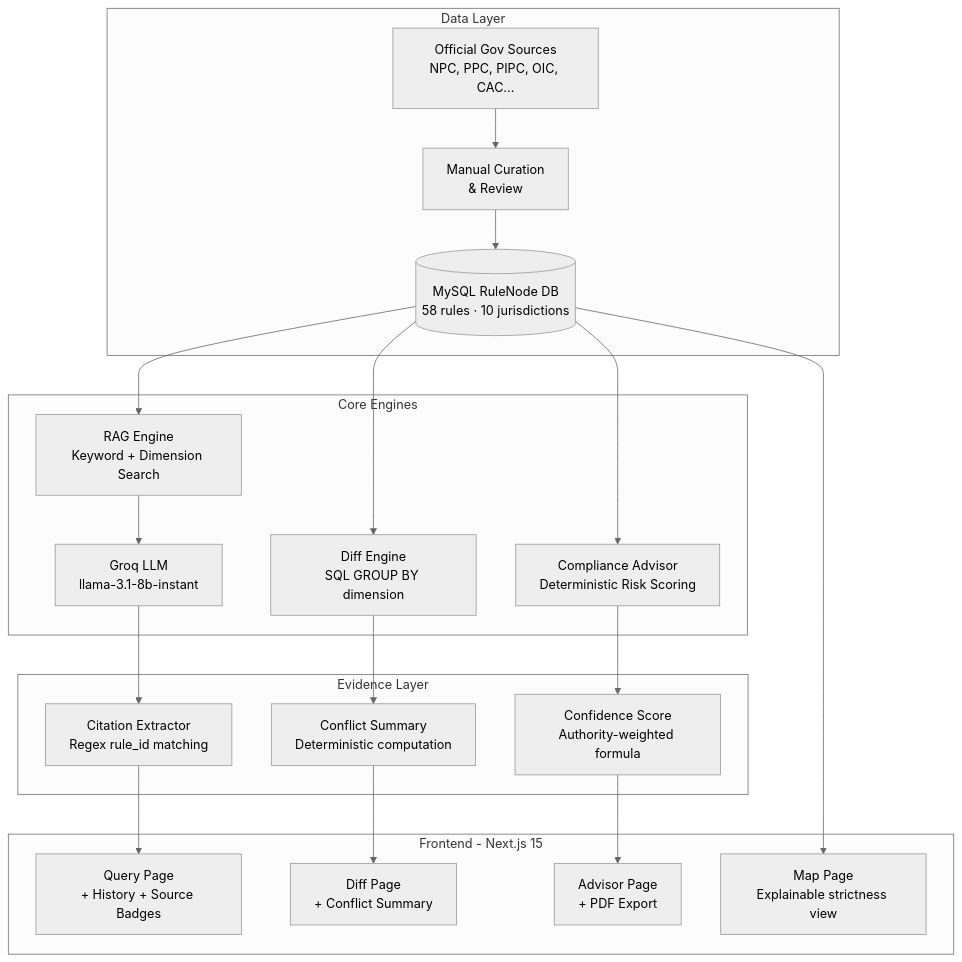
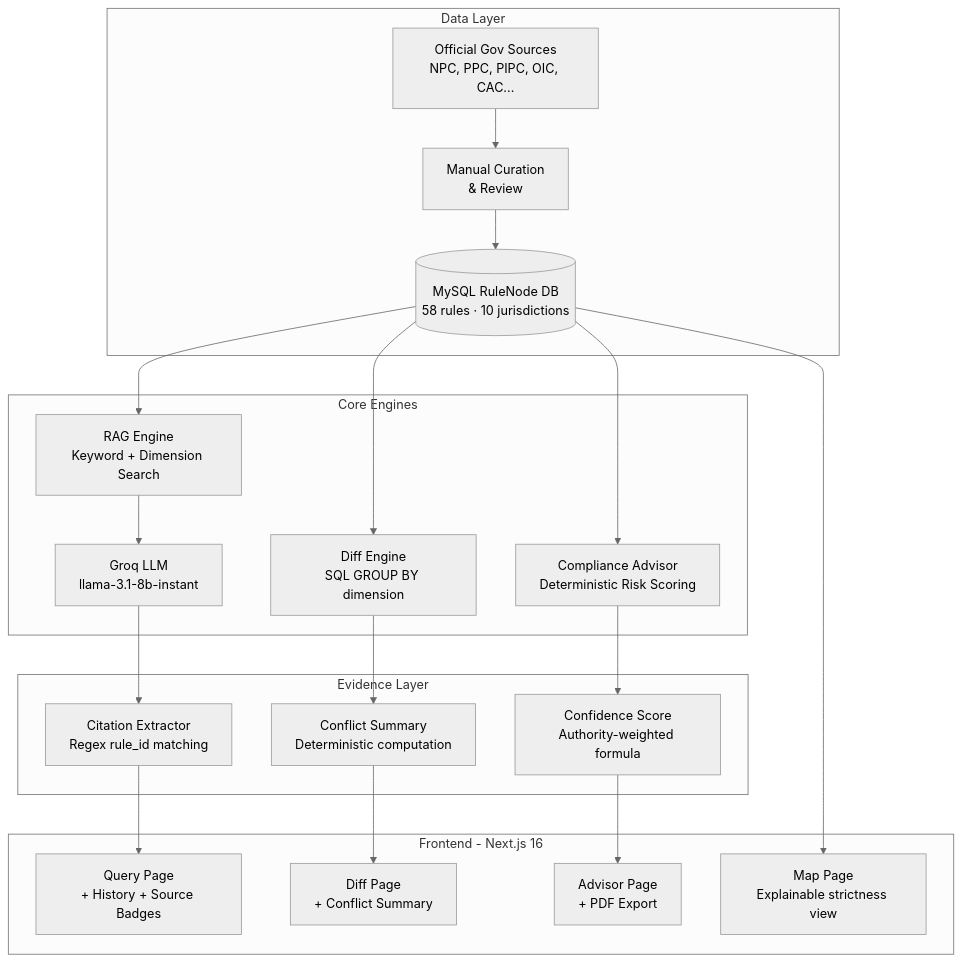
The diagram in README.md (tinystrack/regulink-asia), drawn with Mermaid (neutral theme) before and after one commit. The commit also changed other lines of this file, not shown here.

````diff
--- a/README.md
+++ b/README.md
@@ -39,27 +41,27 @@
 ```mermaid
 graph TB
     subgraph "Data Layer"
         A[Official Gov Sources\nNPC, PPC, PIPC, OIC, CAC...] --> B[Manual Curation\n& Review]
         B --> C[(MySQL RuleNode DB\n58 rules · 10 jurisdictions)]
     end
 
     subgraph "Core Engines"
         C --> D[RAG Engine\nKeyword + Dimension Search]
         C --> E[Diff Engine\nSQL GROUP BY dimension]
         C --> F[Compliance Advisor\nDeterministic Risk Scoring]
         D --> G[Groq LLM\nllama-3.1-8b-instant]
     end
 
     subgraph "Evidence Layer"
         G --> H[Citation Extractor\nRegex rule_id matching]
         E --> I[Conflict Summary\nDeterministic computation]
         F --> J[Confidence Score\nAuthority-weighted formula]
     end
 
-    subgraph "Frontend - Next.js 15"
+    subgraph "Frontend - Next.js 16"
         H --> K[Query Page\n+ History + Source Badges]
         I --> L[Diff Page\n+ Conflict Summary]
         J --> M[Advisor Page\n+ PDF Export]
         C --> N[Map Page\nExplainable strictness view]
     end
 ```
````
